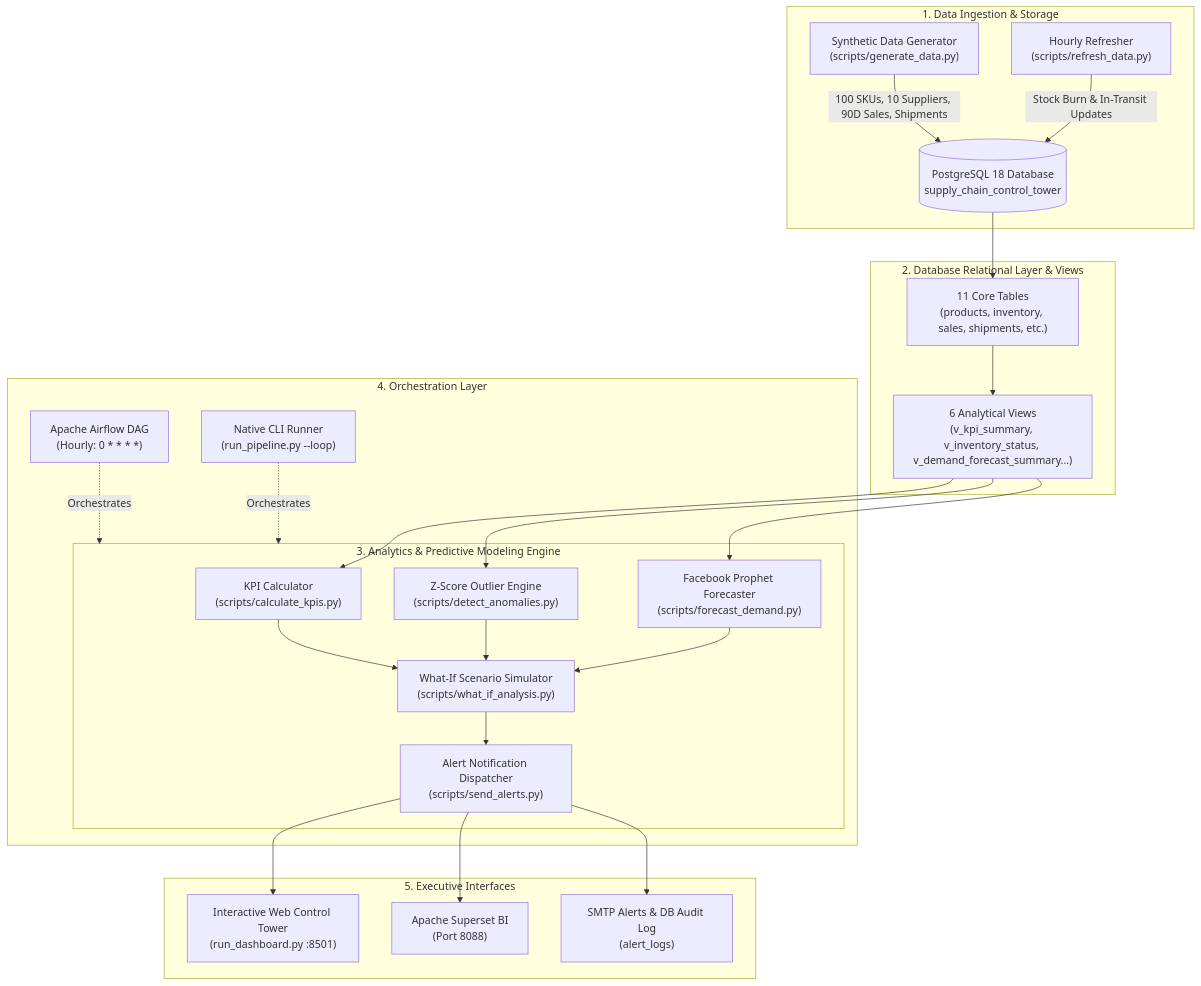
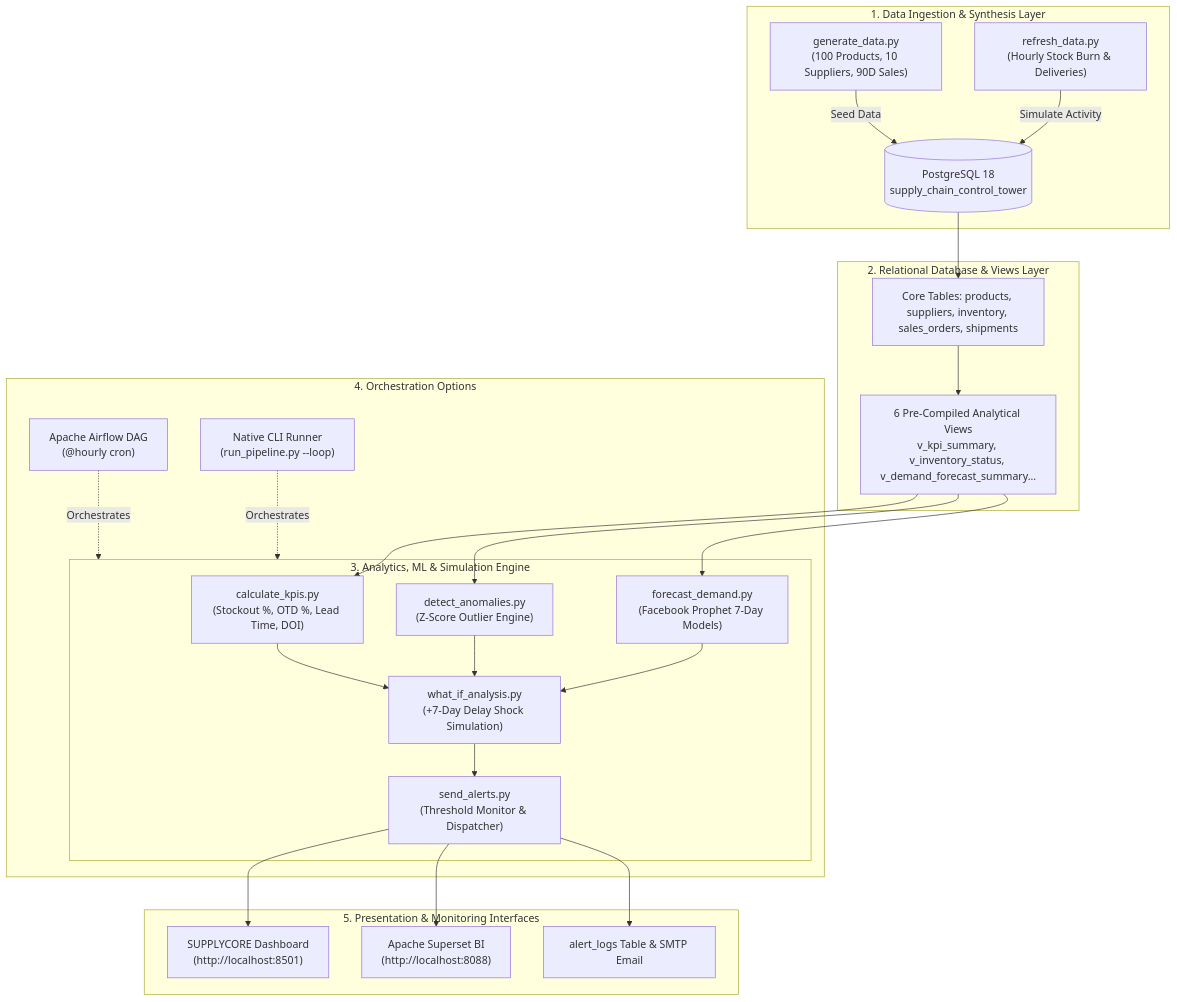
The first of 3 diagrams in README.md (Chaitanya1825/Retail-and-Supply-Chain-Control-Tower-DA3-Internship-Project-), drawn with Mermaid before and after one commit. The commit also changed other lines of this file and 9 other files, not shown here.

````diff
--- a/README.md
+++ b/README.md
@@ -89,31 +240,31 @@
 ```mermaid
 flowchart TD
-    subgraph DataLayer["1. Data Ingestion & Storage"]
-        DG["Synthetic Data Generator<br/>(scripts/generate_data.py)"] -->|100 SKUs, 10 Suppliers, 90D Sales, Shipments| DB[("PostgreSQL 18 Database<br/>supply_chain_control_tower")]
-        REF["Hourly Refresher<br/>(scripts/refresh_data.py)"] -->|Stock Burn & In-Transit Updates| DB
+    subgraph S1["1. Data Ingestion & Synthesis Layer"]
+        GEN["generate_data.py<br/>(100 Products, 10 Suppliers, 90D Sales)"] -->|Seed Data| PG[("PostgreSQL 18<br/>supply_chain_control_tower")]
+        REF["refresh_data.py<br/>(Hourly Stock Burn & Deliveries)"] -->|Simulate Activity| PG
     end
 
-    subgraph AnalyticalViews["2. Database Relational Layer & Views"]
-        DB --> T["11 Core Tables<br/>(products, inventory, sales, shipments, etc.)"]
-        T --> V["6 Analytical Views<br/>(v_kpi_summary, v_inventory_status, v_demand_forecast_summary...)"]
+    subgraph S2["2. Relational Database & Views Layer"]
+        PG --> T_CORE["Core Tables: products, suppliers, inventory, sales_orders, shipments"]
+        T_CORE --> V_ANALYTICS["6 Pre-Compiled Analytical Views<br/>v_kpi_summary, v_inventory_status, v_demand_forecast_summary..."]
     end
 
-    subgraph AnalyticsEngine["3. Analytics & Predictive Modeling Engine"]
-        V --> KPI["KPI Calculator<br/>(scripts/calculate_kpis.py)"]
-        V --> ZSC["Z-Score Outlier Engine<br/>(scripts/detect_anomalies.py)"]
-        V --> PROPHET["Facebook Prophet Forecaster<br/>(scripts/forecast_demand.py)"]
-        KPI & ZSC & PROPHET --> WHATIF["What-If Scenario Simulator<br/>(scripts/what_if_analysis.py)"]
-        WHATIF --> ALERT["Alert Notification Dispatcher<br/>(scripts/send_alerts.py)"]
+    subgraph S3["3. Analytics, ML & Simulation Engine"]
+        V_ANALYTICS --> CALC["calculate_kpis.py<br/>(Stockout %, OTD %, Lead Time, DOI)"]
+        V_ANALYTICS --> ANOM["detect_anomalies.py<br/>(Z-Score Outlier Engine)"]
+        V_ANALYTICS --> PROP["forecast_demand.py<br/>(Facebook Prophet 7-Day Models)"]
+        CALC & ANOM & PROP --> SIM["what_if_analysis.py<br/>(+7-Day Delay Shock Simulation)"]
+        SIM --> ALERT["send_alerts.py<br/>(Threshold Monitor & Dispatcher)"]
     end
 
-    subgraph Orchestration["4. Orchestration Layer"]
-        AF["Apache Airflow DAG<br/>(Hourly: 0 * * * *)"] -.->|Orchestrates| AnalyticsEngine
-        CLI["Native CLI Runner<br/>(run_pipeline.py --loop)"] -.->|Orchestrates| AnalyticsEngine
+    subgraph S4["4. Orchestration Options"]
+        AF["Apache Airflow DAG<br/>(@hourly cron)"] -.->|Orchestrates| S3
+        CLI["Native CLI Runner<br/>(run_pipeline.py --loop)"] -.->|Orchestrates| S3
     end
 
-    subgraph Presentation["5. Executive Interfaces"]
-        ALERT --> ST["Interactive Web Control Tower<br/>(run_dashboard.py :8501)"]
-        ALERT --> SS["Apache Superset BI<br/>(Port 8088)"]
-        ALERT --> EMAIL["SMTP Alerts & DB Audit Log<br/>(alert_logs)"]
+    subgraph S5["5. Presentation & Monitoring Interfaces"]
+        ALERT --> UI["SUPPLYCORE Dashboard<br/>(http://localhost:8501)"]
+        ALERT --> SS["Apache Superset BI<br/>(http://localhost:8088)"]
+        ALERT --> DB_LOG["alert_logs Table & SMTP Email"]
     end
 ```
````
